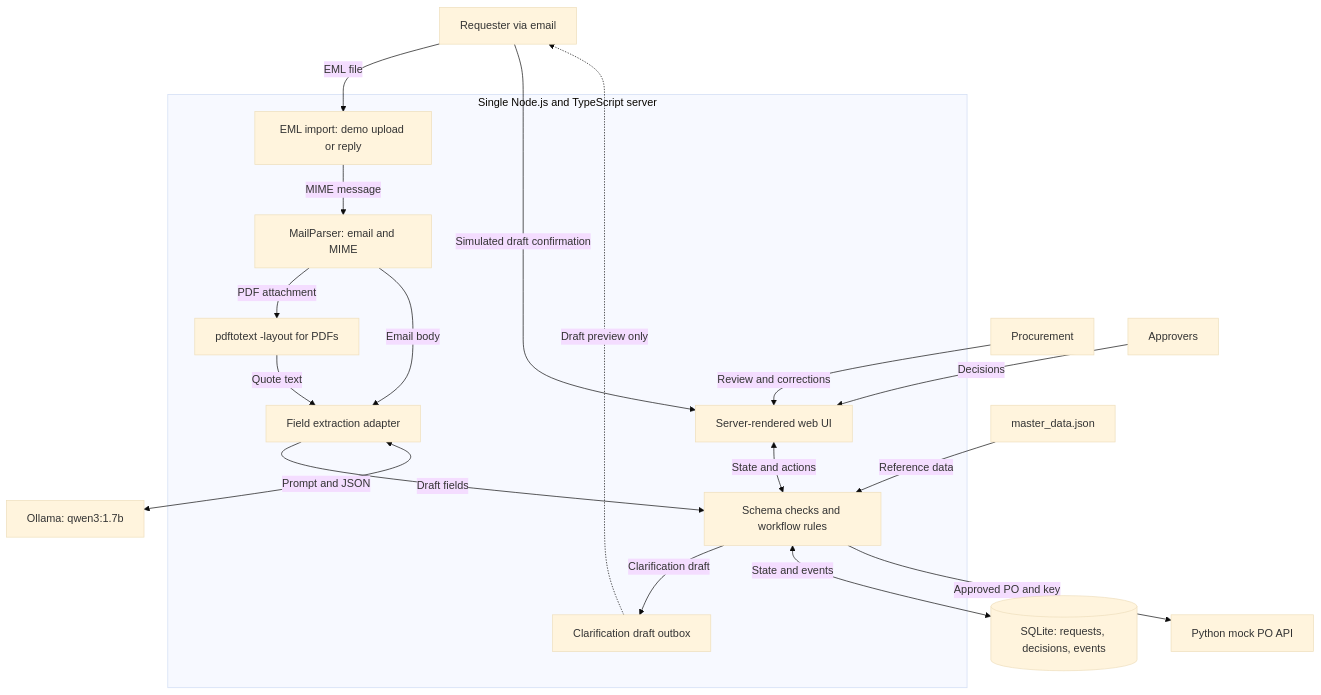
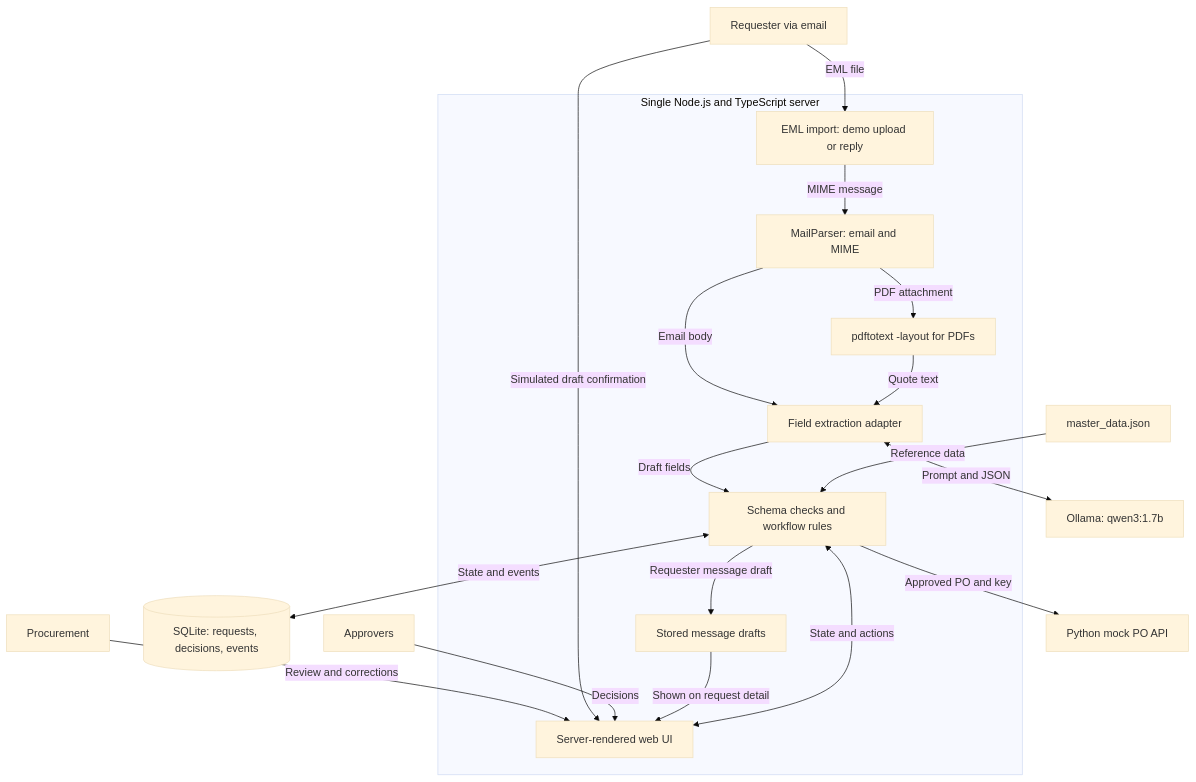
One commit to miguelCyclone/email-to-po-prototype changed the sixth of 6 diagrams in README.md. Above: the diagram before and after it, drawn with Mermaid (base theme). The commit also changed other lines of this file and 5 other files, not shown here.

Commit message:
Show requester message drafts on each request

````diff
--- a/README.md
+++ b/README.md
@@ -269,21 +269,21 @@
 ```mermaid
 flowchart TD
     Requester[Requester via email] -->|EML file| Intake[EML import: demo upload or reply]
     subgraph App[Single Node.js and TypeScript server]
         Intake -->|MIME message| Mail[MailParser: email and MIME]
         Mail -->|PDF attachment| PDF[pdftotext -layout for PDFs]
         Mail -->|Email body| Extract[Field extraction adapter]
         PDF -->|Quote text| Extract
         Extract -->|Draft fields| Rules[Schema checks and workflow rules]
         UI[Server-rendered web UI] <-->|State and actions| Rules
-        Rules -->|Clarification draft| Notify[Clarification draft outbox]
+        Rules -->|Requester message draft| Notify[Stored message drafts]
     end
     Extract <-->|Prompt and JSON| LLM[Ollama: qwen3:1.7b]
     Master[master_data.json] -->|Reference data| Rules
     Rules <-->|State and events| DB[(SQLite: requests, decisions, events)]
     Procurement[Procurement] -->|Review and corrections| UI
     Requester -->|Simulated draft confirmation| UI
     Approvers[Approvers] -->|Decisions| UI
-    Notify -.->|Draft preview only| Requester
+    Notify -->|Shown on request detail| UI
     Rules -->|Approved PO and key| ERP[Python mock PO API]
 ```
````
